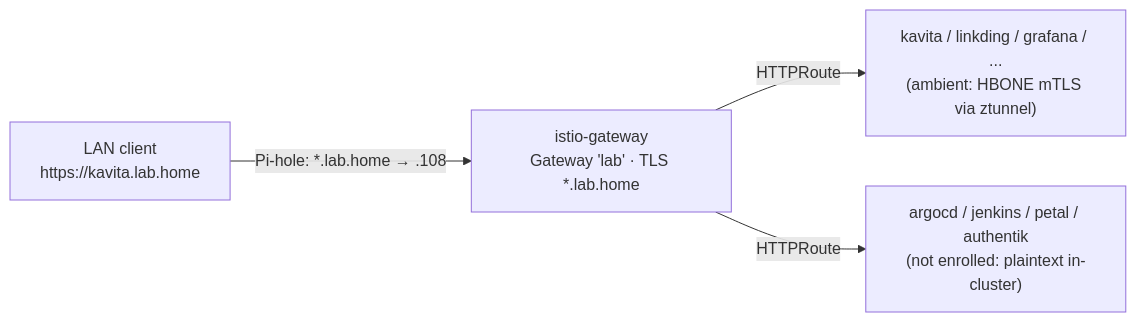
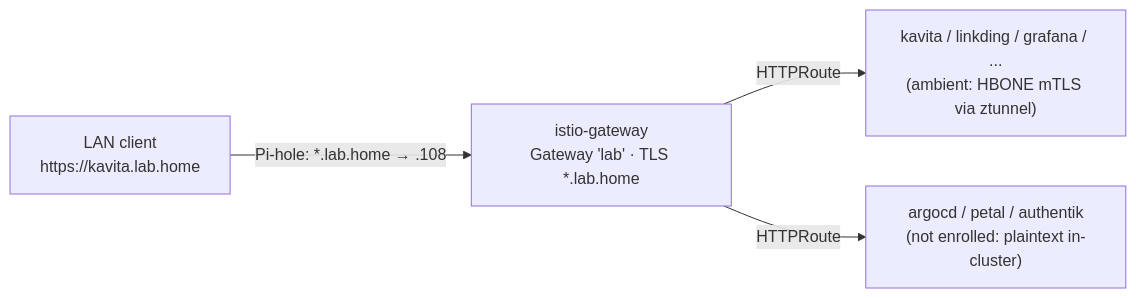
One commit to Blacklotus89898/Homelab changed the seventh of 9 diagrams in docs/architecture.md. Above: the diagram before and after it, drawn with Mermaid. The commit also changed other lines of this file and 17 other files, not shown here.

````diff
--- a/docs/architecture.md
+++ b/docs/architecture.md
@@ -306,6 +292,6 @@
 ```mermaid
 flowchart LR
   C["LAN client<br/>https://kavita.lab.home"] -->|"Pi-hole: *.lab.home → .108"| GW["istio-gateway<br/>Gateway 'lab' · TLS *.lab.home"]
   GW -->|"HTTPRoute"| S1["kavita / linkding / grafana / ...<br/>(ambient: HBONE mTLS via ztunnel)"]
-  GW -->|"HTTPRoute"| S2["argocd / jenkins / petal / authentik<br/>(not enrolled: plaintext in-cluster)"]
+  GW -->|"HTTPRoute"| S2["argocd / petal / authentik<br/>(not enrolled: plaintext in-cluster)"]
 ```
````
